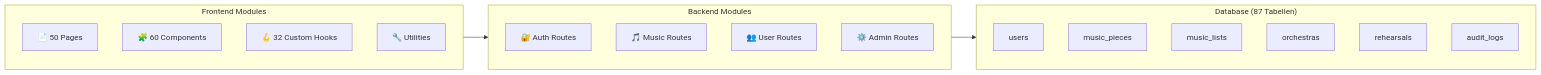
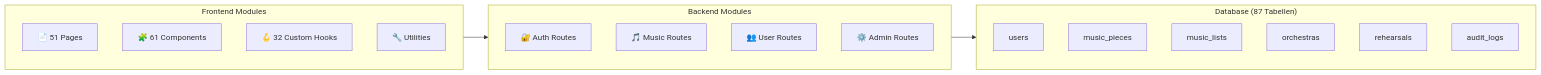
The second of 2 diagrams in README.nl.md (ruudsl/tutti), drawn with Mermaid before and after one commit. The commit also changed other lines of this file and 1 other file, not shown here.

````diff
--- a/README.nl.md
+++ b/README.nl.md
@@ -93,28 +93,28 @@
 ```mermaid
 flowchart LR
     subgraph FE["Frontend Modules"]
-        Pages["📄 50 Pages"]
-        Components["🧩 60 Components"]
+        Pages["📄 51 Pages"]
+        Components["🧩 61 Components"]
         Hooks["🪝 32 Custom Hooks"]
         Utils["🔧 Utilities"]
     end
 
     subgraph BE["Backend Modules"]
         AuthRoutes["🔐 Auth Routes"]
         MusicRoutes["🎵 Music Routes"]
         UserRoutes["👥 User Routes"]
         AdminRoutes["⚙️ Admin Routes"]
     end
 
     subgraph DB["Database (87 Tabellen)"]
         Users["users"]
         Music["music_pieces"]
         Lists["music_lists"]
         Orchestras["orchestras"]
         Rehearsals["rehearsals"]
         AuditLogs["audit_logs"]
     end
 
     FE --> BE
     BE --> DB
 ```
````
